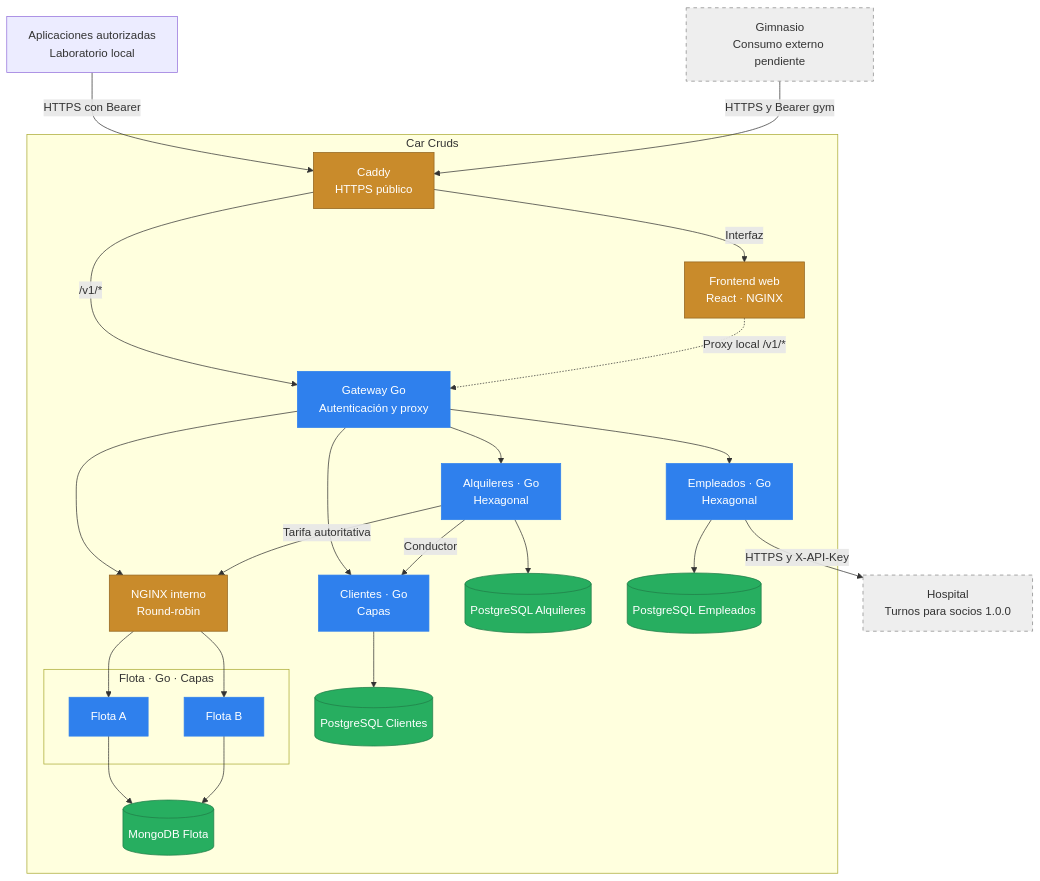
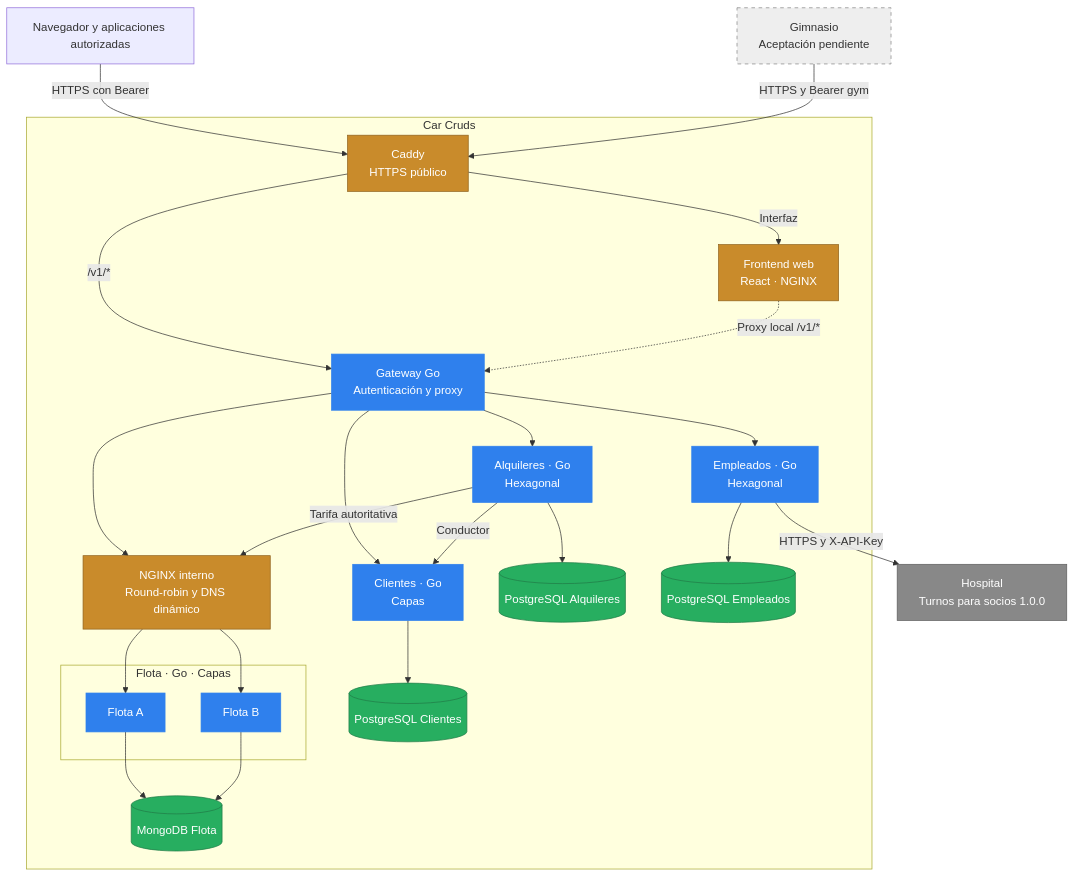
Before and after one commit to Gerpeirone/Car-Cruds: the second of 5 diagrams in docs/ARCHITECTURE.md, drawn with Mermaid. The commit also changed other lines of this file and 6 other files, not shown here.

````diff
--- a/docs/ARCHITECTURE.md
+++ b/docs/ARCHITECTURE.md
@@ -54,51 +50,53 @@
 ```mermaid
 flowchart TB
-    User["Aplicaciones autorizadas<br/>Laboratorio local"]
-    Gym["Gimnasio<br/>Consumo externo pendiente"]
+    User["Navegador y aplicaciones autorizadas"]
+    Gym["Gimnasio<br/>Aceptación pendiente"]
     Clinic["Hospital<br/>Turnos para socios 1.0.0"]
     subgraph System["Car Cruds"]
         Edge["Caddy<br/>HTTPS público"]
         Web["Frontend web<br/>React · NGINX"]
         GW["Gateway Go<br/>Autenticación y proxy"]
         Customers["Clientes · Go<br/>Capas"]
         Rentals["Alquileres · Go<br/>Hexagonal"]
         Employees["Empleados · Go<br/>Hexagonal"]
-        LB["NGINX interno<br/>Round-robin"]
+        LB["NGINX interno<br/>Round-robin y DNS dinámico"]
         subgraph Replicas["Flota · Go · Capas"]
             A["Flota A"]
             B["Flota B"]
         end
         CDB[("PostgreSQL Clientes")]
         RDB[("PostgreSQL Alquileres")]
         EDB[("PostgreSQL Empleados")]
         FDB[("MongoDB Flota")]
 
         Edge -->|"/v1/*"| GW
         Edge -->|"Interfaz"| Web
         Web -.->|"Proxy local /v1/*"| GW
         GW --> Customers
         GW --> Rentals
         GW --> Employees
         GW --> LB
         Rentals -->|"Conductor"| Customers
         Rentals -->|"Tarifa autoritativa"| LB
         LB --> A
         LB --> B
         Customers --> CDB
         Rentals --> RDB
         Employees --> EDB
         A --> FDB
         B --> FDB
     end
     User -->|"HTTPS con Bearer"| Edge
     Gym -->|"HTTPS y Bearer gym"| Edge
     Employees -->|"HTTPS y X-API-Key"| Clinic
     classDef app fill:#2f80ed,color:#fff,stroke:#2f80ed;
     classDef data fill:#27ae60,color:#fff,stroke:#207c48;
     classDef support fill:#c98b2b,color:#fff,stroke:#91631e;
     classDef pending fill:#eee,color:#333,stroke:#888,stroke-dasharray:5 5;
     class GW,Customers,Rentals,Employees,A,B app;
     class CDB,RDB,EDB,FDB data;
     class LB,Edge,Web support;
-    class Gym,Clinic pending;
+    classDef external fill:#888,color:#fff,stroke:#606060;
+    class Clinic external;
+    class Gym pending;
 ```
````
